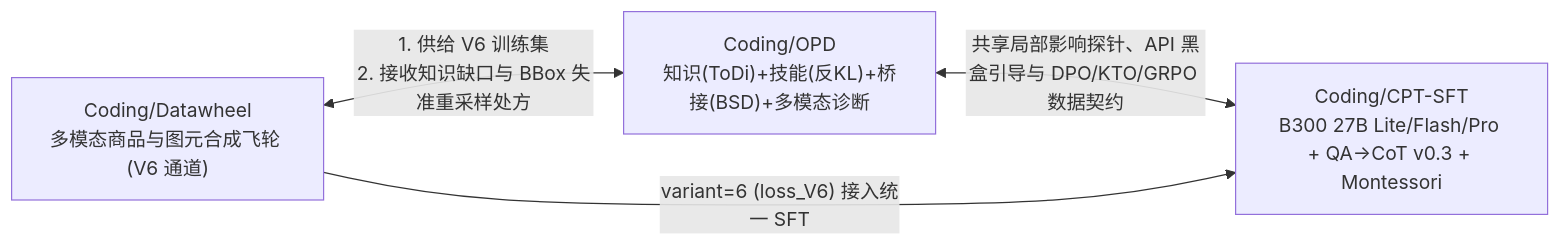
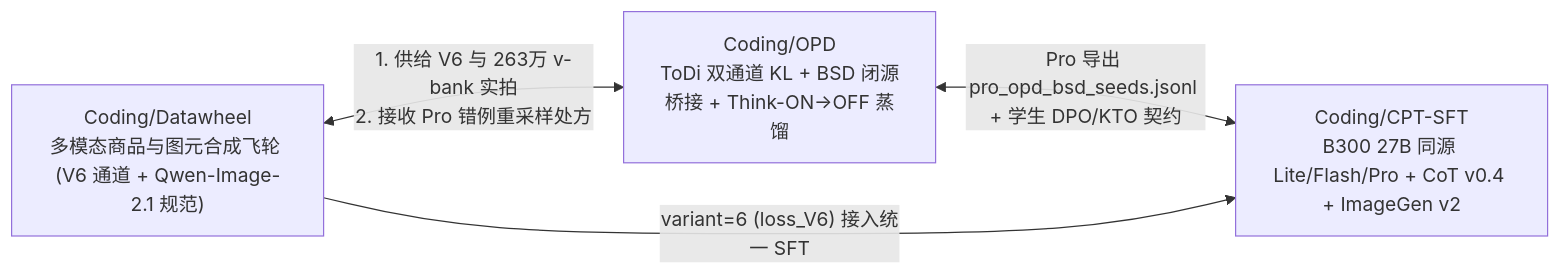
The diagram in AGENTS.md (qianlvguang/CPT-SFT), drawn with Mermaid before and after one commit. The commit also changed other lines of this file and 34 other files, not shown here.

Commit message:
Upgrade v2.0 single-source Lite/Flash/Pro pipeline, CoT v0.4 & ImageGen v2

````diff
--- a/AGENTS.md
+++ b/AGENTS.md
@@ -11,6 +11,6 @@
 ```mermaid
 flowchart LR
-    DW["Coding/Datawheel<br>多模态商品与图元合成飞轮 (V6 通道)"] <-->|"1. 供给 V6 训练集<br>2. 接收知识缺口与 BBox 失准重采样处方"| OPD["Coding/OPD<br>知识(ToDi)+技能(反KL)+桥接(BSD)+多模态诊断"]
-    OPD <-->|"共享局部影响探针、API 黑盒引导与 DPO/KTO/GRPO 数据契约"| CS["Coding/CPT-SFT<br>B300 27B Lite/Flash/Pro + QA→CoT v0.3 + Montessori"]
+    DW["Coding/Datawheel<br>多模态商品与图元合成飞轮 (V6 通道 + Qwen-Image-2.1 规范)"] <-->|"1. 供给 V6 与 263万 v-bank 实拍<br>2. 接收 Pro 错例重采样处方"| OPD["Coding/OPD<br>ToDi 双通道 KL + BSD 闭源桥接 + Think-ON->OFF 蒸馏"]
+    OPD <-->|"Pro 导出 pro_opd_bsd_seeds.jsonl + 学生 DPO/KTO 契约"| CS["Coding/CPT-SFT<br>B300 27B 同源 Lite/Flash/Pro + CoT v0.4 + ImageGen v2"]
     DW -->|"variant=6 (loss_V6) 接入统一 SFT"| CS
 ```
````
